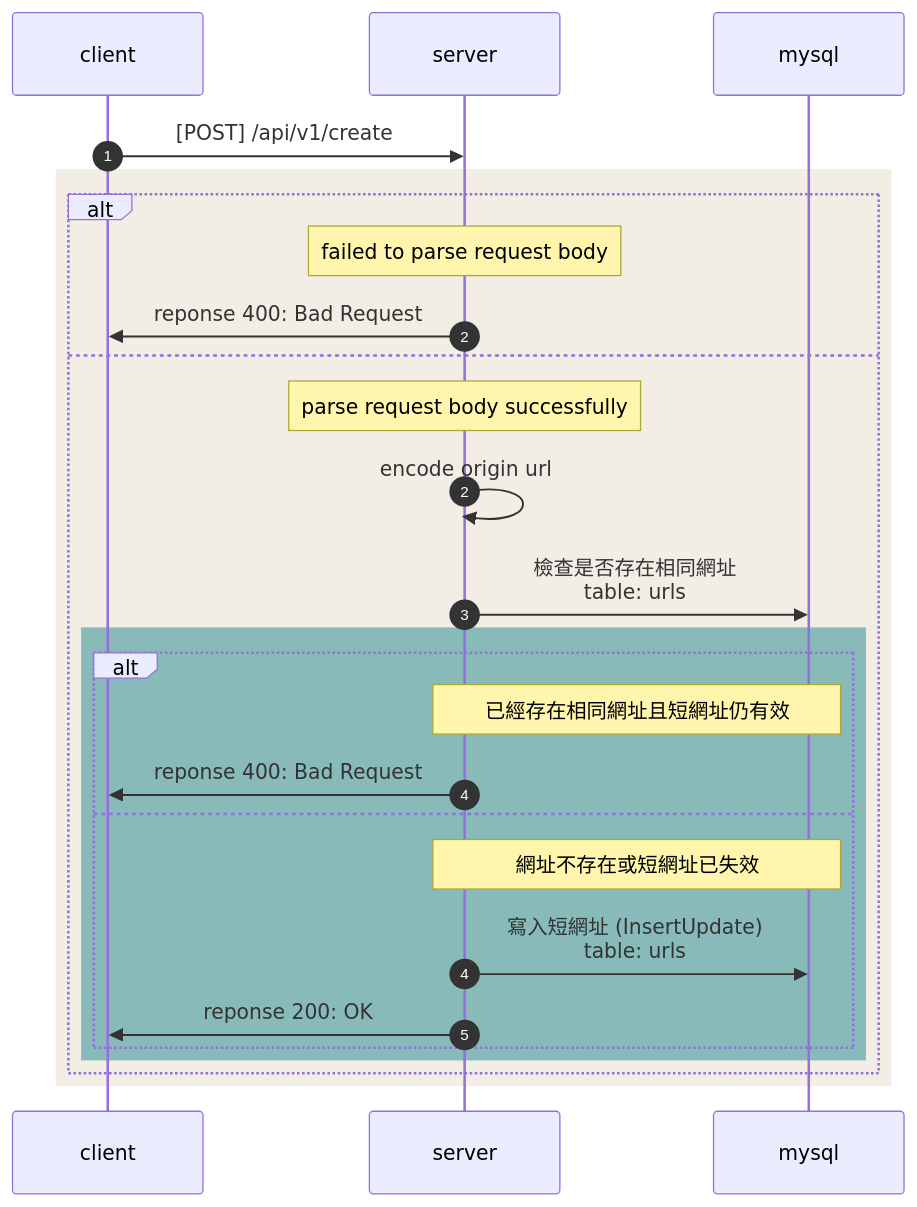
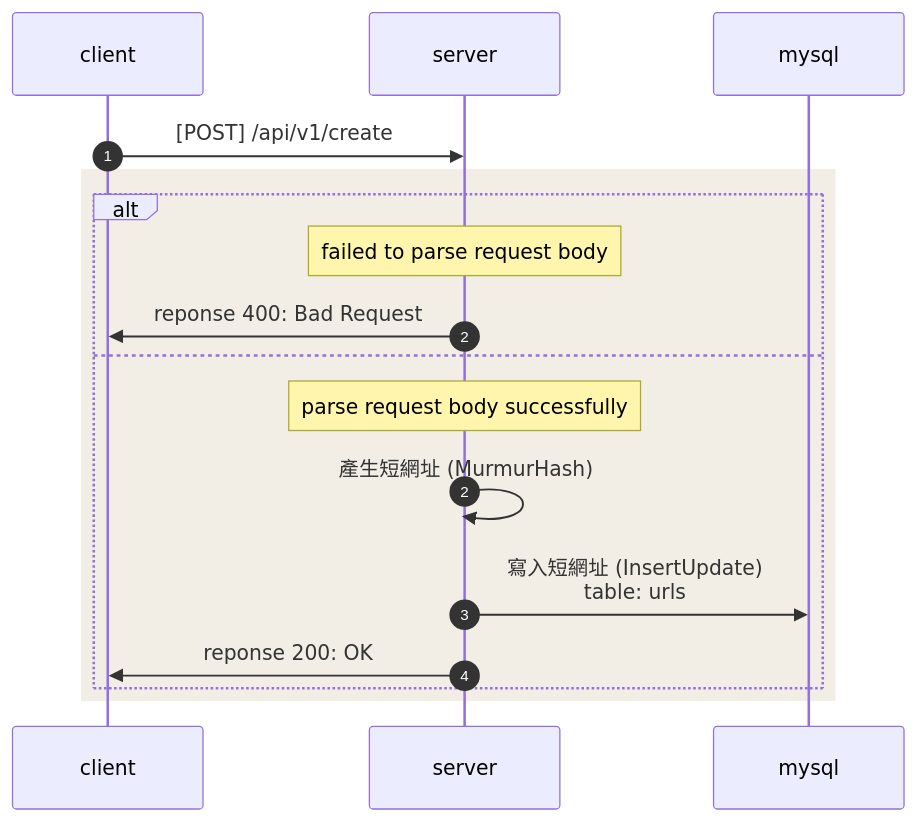
One commit to JianLiu666/TinyURL changed the diagram in doc/api/v1/create.md. Above: the diagram before and after it, drawn with Mermaid. The commit also changed 3 other files, not shown here.

````diff
--- a/doc/api/v1/create.md
+++ b/doc/api/v1/create.md
@@ -31,32 +31,22 @@
 ```mermaid
 sequenceDiagram
     participant client
     participant server
     participant mysql
     
     autonumber 1
     client ->> server: [POST] /api/v1/create
     
     rect rgb(242, 238, 229)
         alt
             Note over server: failed to parse request body
             server ->> client: reponse 400: Bad Request
         else
             autonumber 2
             Note over server : parse request body successfully
-            server ->> server : encode origin url
-            server ->> mysql : 檢查是否存在相同網址<br>table: urls
-            rect rgb(136,186,186)
-            alt
-            Note over server, mysql : 已經存在相同網址且短網址仍有效
-            server ->> client: reponse 400: Bad Request
-            else
-            autonumber 4
-            Note over server, mysql : 網址不存在或短網址已失效
+            server ->> server : 產生短網址 (MurmurHash)
             server ->> mysql : 寫入短網址 (InsertUpdate)<br>table: urls
             server ->> client: reponse 200: OK
-            end
-            end
         end
     end
 ```
````
